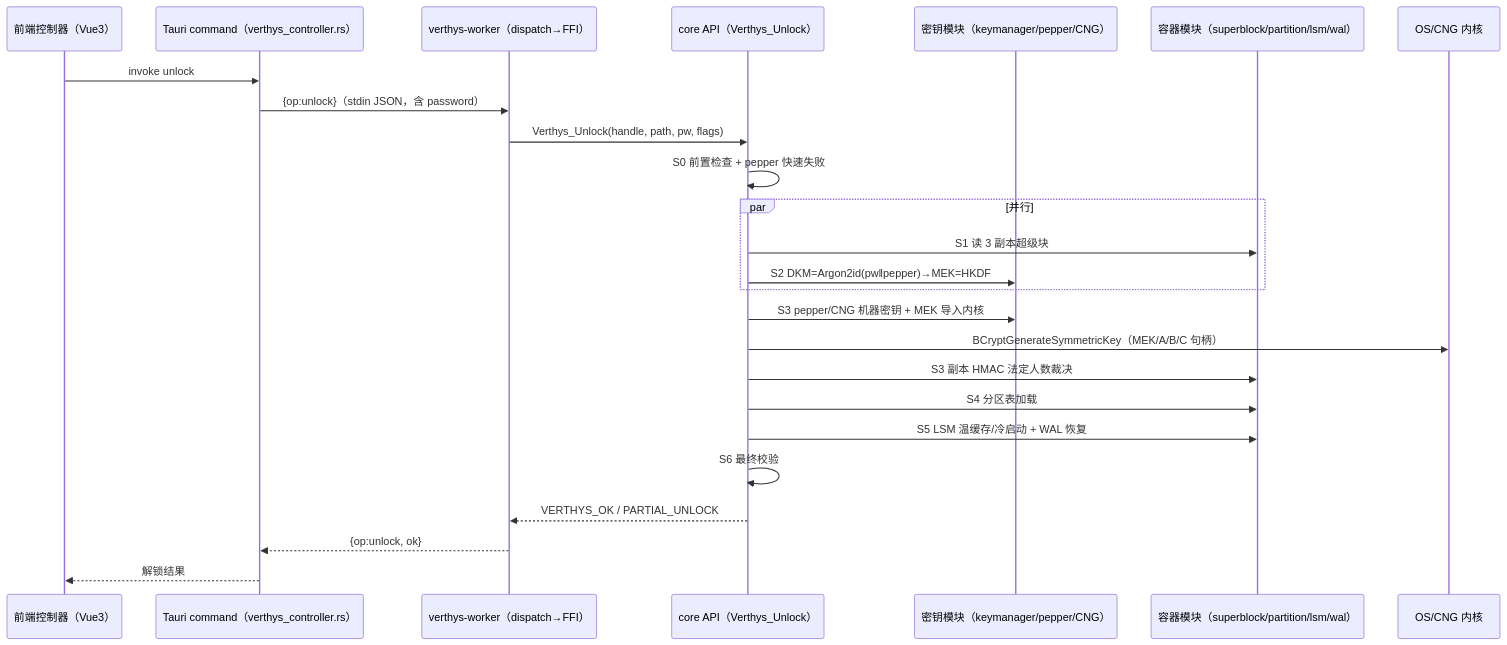
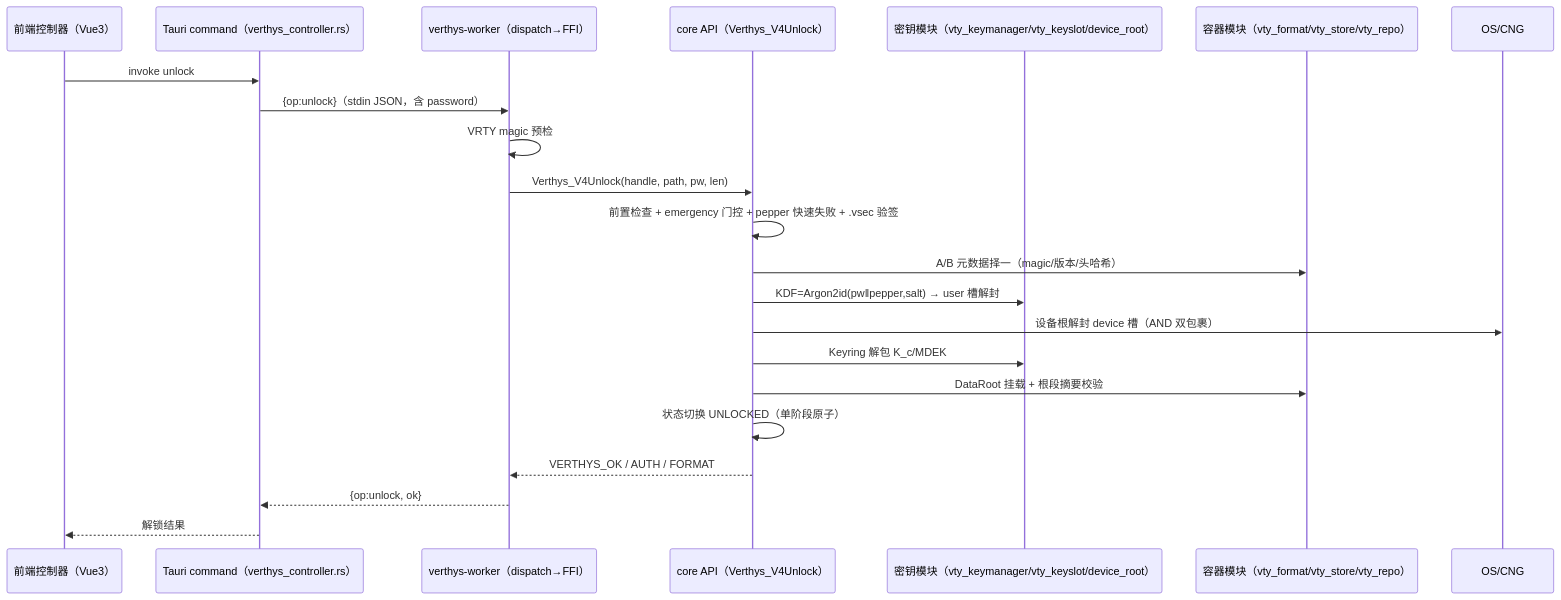
The first of 6 diagrams in docs/DATA_FLOW.md (K1Super/Verthys), drawn with Mermaid before and after one commit. The commit also changed other lines of this file and 583 other files, not shown here.

````diff
--- a/docs/DATA_FLOW.md
+++ b/docs/DATA_FLOW.md
@@ -13,27 +13,24 @@
 ```mermaid
 sequenceDiagram
     participant FE as 前端控制器（Vue3）
     participant TC as Tauri command（verthys_controller.rs）
     participant WK as verthys-worker（dispatch→FFI）
-    participant API as core API（Verthys_Unlock）
-    participant KM as 密钥模块（keymanager/pepper/CNG）
-    participant CT as 容器模块（superblock/partition/lsm/wal）
-    participant OS as OS/CNG 内核
+    participant API as core API（Verthys_V4Unlock）
+    participant KM as 密钥模块（vty_keymanager/vty_keyslot/device_root）
+    participant CT as 容器模块（vty_format/vty_store/vty_repo）
+    participant OS as OS/CNG
     FE->>TC: invoke unlock
     TC->>WK: {op:unlock}（stdin JSON，含 password）
-    WK->>API: Verthys_Unlock(handle, path, pw, flags)
-    API->>API: S0 前置检查 + pepper 快速失败
-    par 并行
-        API->>CT: S1 读 3 副本超级块
-        API->>KM: S2 DKM=Argon2id(pw‖pepper)→MEK=HKDF
-    end
-    API->>KM: S3 pepper/CNG 机器密钥 + MEK 导入内核
-    API->>OS: BCryptGenerateSymmetricKey（MEK/A/B/C 句柄）
-    API->>CT: S3 副本 HMAC 法定人数裁决
-    API->>CT: S4 分区表加载
-    API->>CT: S5 LSM 温缓存/冷启动 + WAL 恢复
-    API->>API: S6 最终校验
-    API-->>WK: VERTHYS_OK / PARTIAL_UNLOCK
+    WK->>WK: VRTY magic 预检
+    WK->>API: Verthys_V4Unlock(handle, path, pw, len)
+    API->>API: 前置检查 + emergency 门控 + pepper 快速失败 + .vsec 验签
+    API->>CT: A/B 元数据择一（magic/版本/头哈希）
+    API->>KM: KDF=Argon2id(pw‖pepper,salt) → user 槽解封
+    API->>OS: 设备根解封 device 槽（AND 双包裹）
+    API->>KM: Keyring 解包 K_c/MDEK
+    API->>CT: DataRoot 挂载 + 根段摘要校验
+    API->>API: 状态切换 UNLOCKED（单阶段原子）
+    API-->>WK: VERTHYS_OK / AUTH / FORMAT
     WK-->>TC: {op:unlock, ok}
     TC-->>FE: 解锁结果
 ```
````
